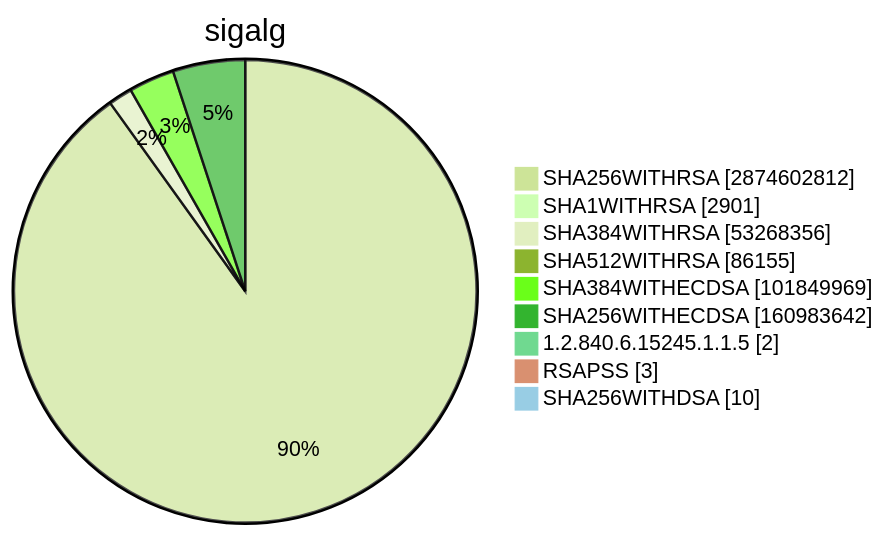
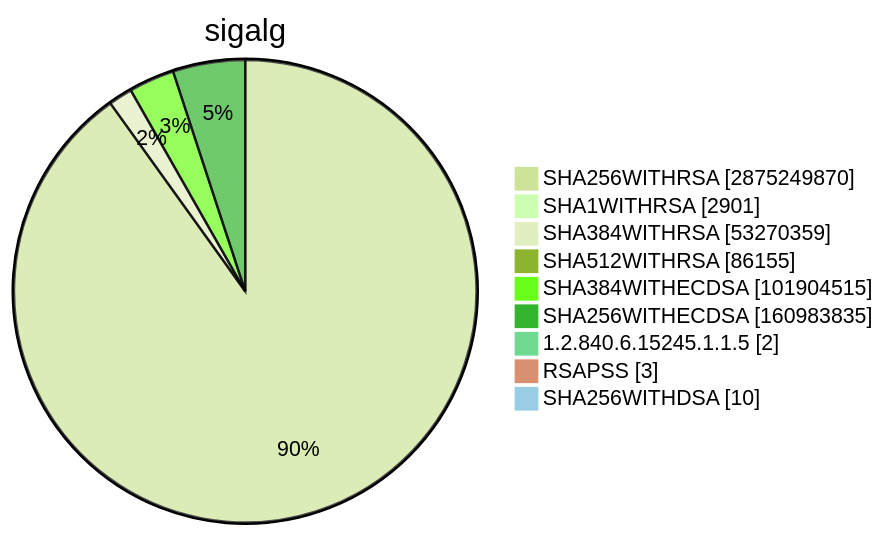
One commit to christiankrug/ctmonitor_visualization changed diagram 15 of 15 in TOTAL/README.md. Above: the diagram before and after it, drawn with Mermaid (forest theme). The commit also changed other lines of this file, not shown here.

````diff
--- a/TOTAL/README.md
+++ b/TOTAL/README.md
@@ -6207,13 +6207,13 @@
 ```mermaid
 pie showData
 title sigalg
-"SHA256WITHRSA" :2874602812
+"SHA256WITHRSA" :2875249870
 "SHA1WITHRSA" :2901
-"SHA384WITHRSA" :53268356
+"SHA384WITHRSA" :53270359
 "SHA512WITHRSA" :86155
-"SHA384WITHECDSA" :101849969
-"SHA256WITHECDSA" :160983642
+"SHA384WITHECDSA" :101904515
+"SHA256WITHECDSA" :160983835
 "1.2.840.6.15245.1.1.5" :2
 "RSAPSS" :3
 "SHA256WITHDSA" :10
 ```
````
